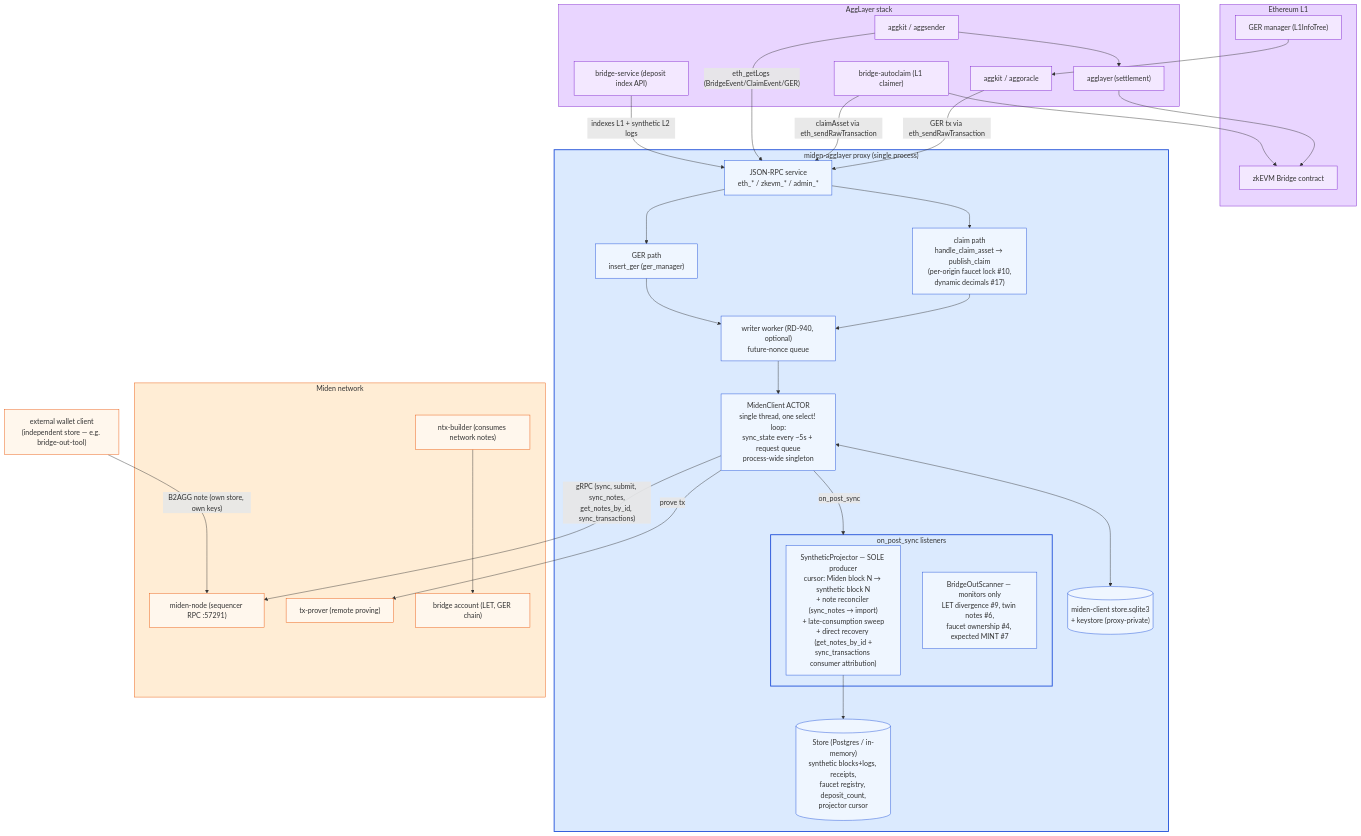
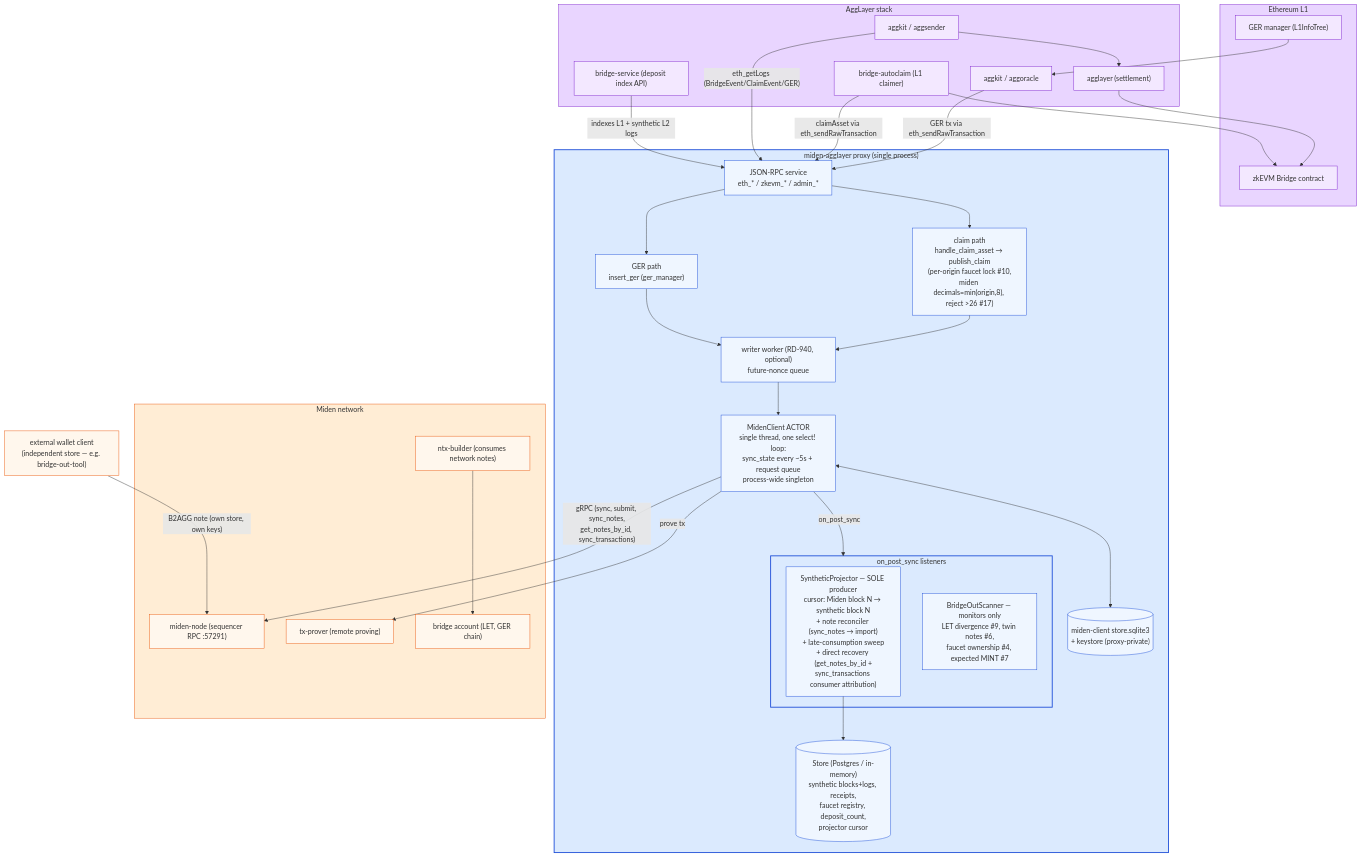
The first of 8 diagrams in docs/ARCHITECTURE.md (gateway-fm/miden-agglayer), drawn with Mermaid before and after one commit. The commit also changed other lines of this file and 5 other files, not shown here.

First line of the commit message:
refactor(faucet): cap origin decimals at 26 + cap miden_decimals at 8 (audit-aligned; drop dynamic derivation)

````diff
--- a/docs/ARCHITECTURE.md
+++ b/docs/ARCHITECTURE.md
@@ -9,68 +9,68 @@
 ```mermaid
 flowchart TD
     subgraph L1["Ethereum L1"]
         BRIDGE_L1["zkEVM Bridge contract"]
         GERM_L1["GER manager (L1InfoTree)"]
     end
 
     subgraph AGG["AggLayer stack"]
         AGGORACLE["aggkit / aggoracle"]
         AGGSENDER["aggkit / aggsender"]
         AGL["agglayer (settlement)"]
         BSVC["bridge-service (deposit index API)"]
         AUTOCLAIM["bridge-autoclaim (L1 claimer)"]
     end
 
     subgraph PROXY["miden-agglayer proxy (single process)"]
         RPC["JSON-RPC service<br/>eth_* / zkevm_* / admin_*"]
-        CLAIM["claim path<br/>handle_claim_asset → publish_claim<br/>(per-origin faucet lock #10,<br/>dynamic decimals #17)"]
+        CLAIM["claim path<br/>handle_claim_asset → publish_claim<br/>(per-origin faucet lock #10,<br/>miden decimals=min(origin,8), reject &gt;26 #17)"]
         GER["GER path<br/>insert_ger (ger_manager)"]
         WW["writer worker (RD-940, optional)<br/>future-nonce queue"]
         MC["MidenClient ACTOR<br/>single thread, one select! loop:<br/>sync_state every ~5s + request queue<br/>process-wide singleton"]
         subgraph LISTENERS["on_post_sync listeners"]
             SP["SyntheticProjector — SOLE producer<br/>cursor: Miden block N → synthetic block N<br/>+ note reconciler (sync_notes → import)<br/>+ late-consumption sweep<br/>+ direct recovery (get_notes_by_id +<br/>sync_transactions consumer attribution)"]
             BOS["BridgeOutScanner — monitors only<br/>LET divergence #9, twin notes #6,<br/>faucet ownership #4, expected MINT #7"]
         end
         STORE[("Store (Postgres / in-memory)<br/>synthetic blocks+logs, receipts,<br/>faucet registry, deposit_count,<br/>projector cursor")]
         SQLITE[("miden-client store.sqlite3<br/>+ keystore (proxy-private)")]
     end
 
     subgraph MIDEN["Miden network"]
         NODE["miden-node (sequencer RPC :57291)"]
         NTX["ntx-builder (consumes network notes)"]
         PROVER["tx-prover (remote proving)"]
         BACC["bridge account (LET, GER chain)"]
     end
 
     EXTW["external wallet client<br/>(independent store — e.g. bridge-out-tool)"]
 
     AGGORACLE -- "GER tx via eth_sendRawTransaction" --> RPC
     AUTOCLAIM -- "claimAsset via eth_sendRawTransaction" --> RPC
     AGGSENDER -- "eth_getLogs (BridgeEvent/ClaimEvent/GER)" --> RPC
     BSVC -- "indexes L1 + synthetic L2 logs" --> RPC
     RPC --> CLAIM & GER
     CLAIM & GER --> WW --> MC
     MC <--> SQLITE
     MC -- "gRPC (sync, submit, sync_notes,<br/>get_notes_by_id, sync_transactions)" --> NODE
     MC -- "prove tx" --> PROVER
     MC -- "on_post_sync" --> LISTENERS
     SP --> STORE
     NTX --> BACC
     EXTW -- "B2AGG note (own store, own keys)" --> NODE
     AGGSENDER --> AGL --> BRIDGE_L1
     AUTOCLAIM --> BRIDGE_L1
     GERM_L1 --> AGGORACLE
 
     classDef proxyBox fill:#dbeafe,stroke:#1d4ed8,stroke-width:2px
     classDef proxyNode fill:#eff6ff,stroke:#1d4ed8
     classDef aggBox fill:#e9d5ff,stroke:#7e22ce
     classDef aggNode fill:#f3e8ff,stroke:#7e22ce
     classDef midenBox fill:#ffedd5,stroke:#ea580c
     classDef midenNode fill:#fff7ed,stroke:#ea580c
     class PROXY,LISTENERS proxyBox
     class RPC,CLAIM,GER,WW,MC,SP,BOS,STORE,SQLITE proxyNode
     class L1,AGG aggBox
     class BRIDGE_L1,GERM_L1,AGGORACLE,AGGSENDER,AGL,BSVC,AUTOCLAIM aggNode
     class MIDEN midenBox
     class NODE,NTX,PROVER,BACC,EXTW midenNode
 ```
````
